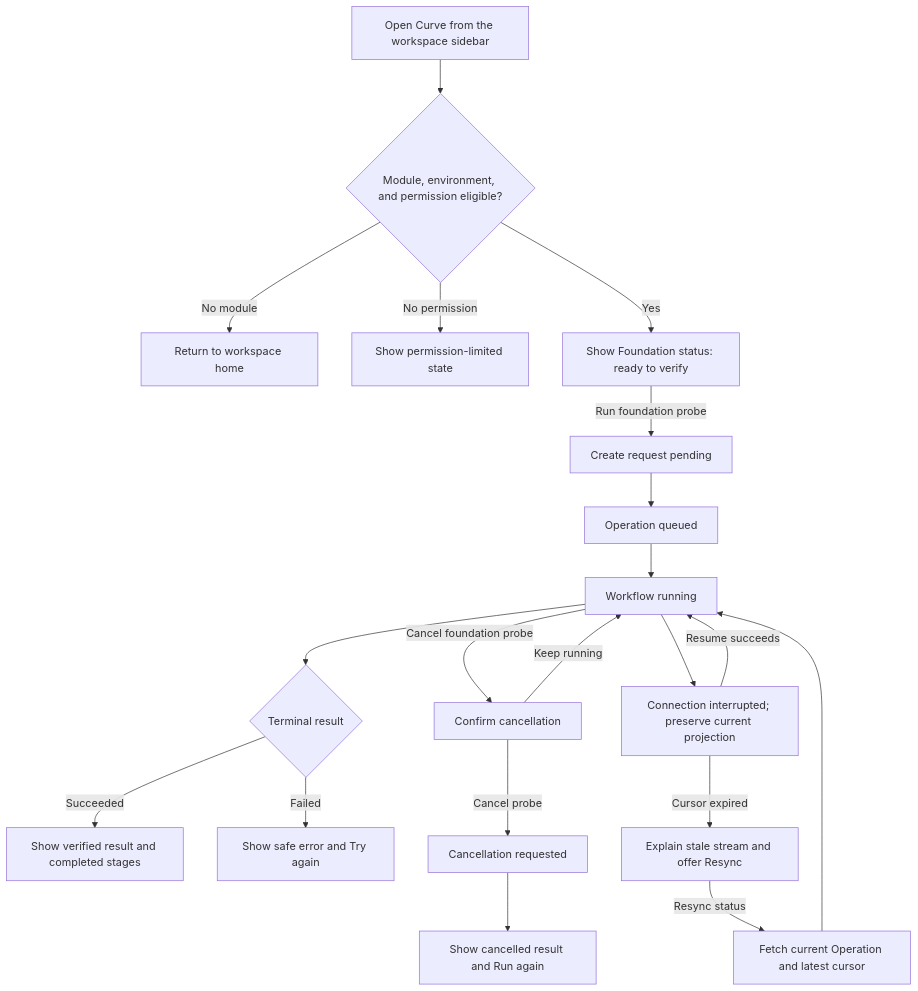
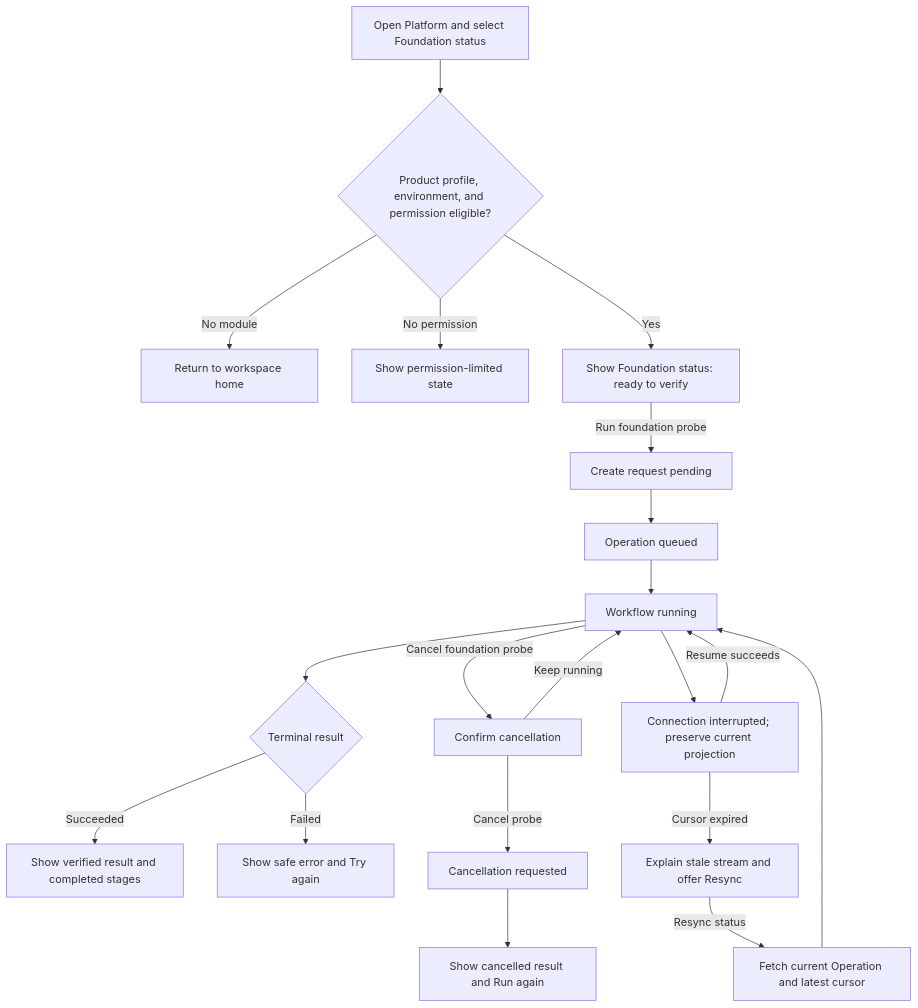
Before and after one commit to faocampo/curve: the diagram in docs/technical/ux-m0-s4-foundation-probe.md, drawn with Mermaid. The commit also changed other lines of this file and 10 other files, not shown here.

Commit message:
docs(curve): make Curve the product shell

````diff
--- a/docs/technical/ux-m0-s4-foundation-probe.md
+++ b/docs/technical/ux-m0-s4-foundation-probe.md
@@ -62,22 +65,22 @@
 ```mermaid
 flowchart TD
-    enter["Open Curve from the workspace sidebar"] --> eligibility{"Module, environment, and permission eligible?"}
+    enter["Open Platform and select Foundation status"] --> eligibility{"Product profile, environment, and permission eligible?"}
     eligibility -- "No module" --> workspace["Return to workspace home"]
     eligibility -- "No permission" --> limited["Show permission-limited state"]
     eligibility -- "Yes" --> idle["Show Foundation status: ready to verify"]
     idle -->|"Run foundation probe"| pending["Create request pending"]
     pending --> queued["Operation queued"]
     queued --> running["Workflow running"]
     running --> terminal{"Terminal result"}
     terminal -- "Succeeded" --> success["Show verified result and completed stages"]
     terminal -- "Failed" --> failed["Show safe error and Try again"]
     running -->|"Cancel foundation probe"| confirm["Confirm cancellation"]
     confirm -->|"Keep running"| running
     confirm -->|"Cancel probe"| cancelling["Cancellation requested"]
     cancelling --> cancelled["Show cancelled result and Run again"]
     running --> reconnecting["Connection interrupted; preserve current projection"]
     reconnecting -->|"Resume succeeds"| running
     reconnecting -->|"Cursor expired"| stale["Explain stale stream and offer Resync"]
     stale -->|"Resync status"| refreshed["Fetch current Operation and latest cursor"]
     refreshed --> running
 ```
````
